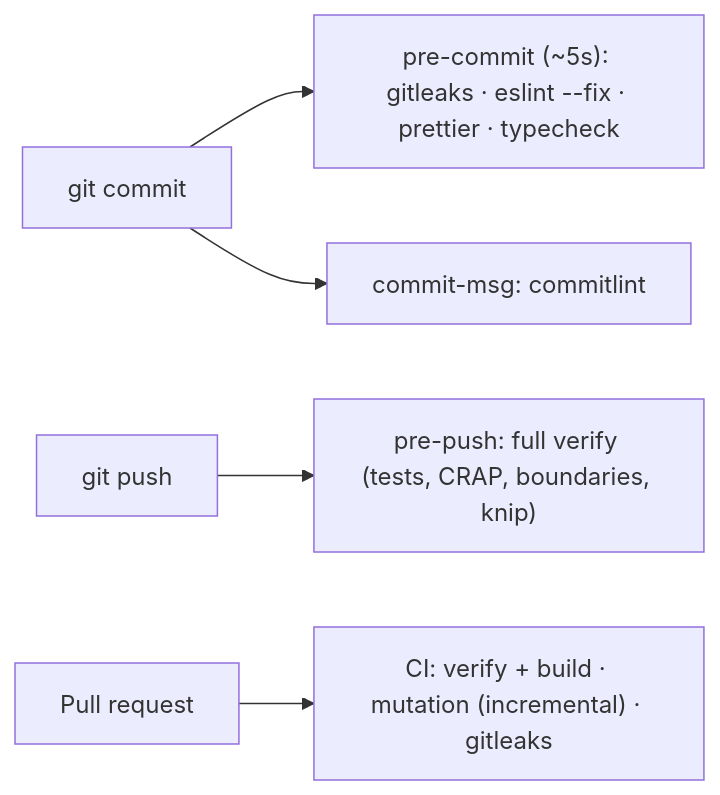
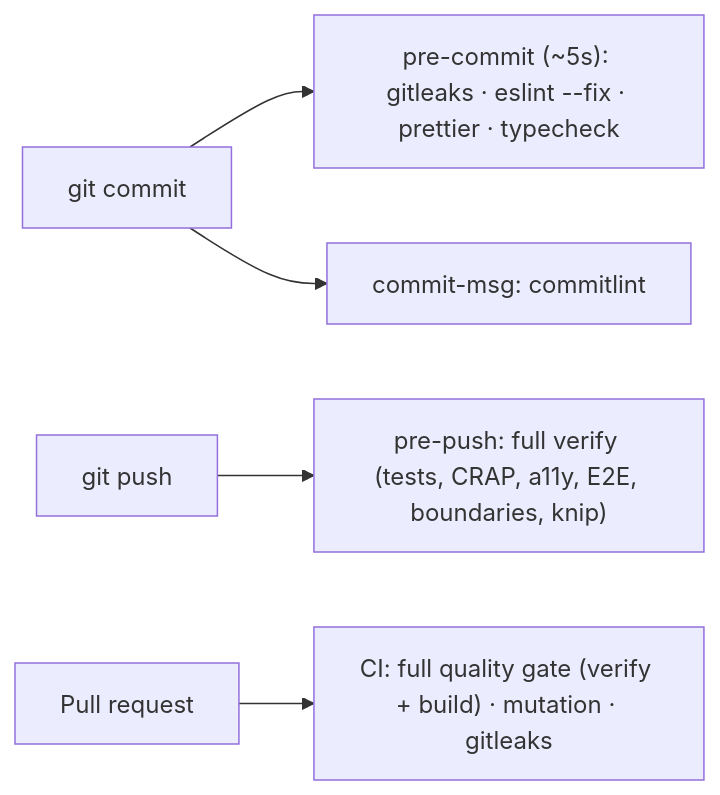
The diagram in docs/guides/workflow.md (hi-humble-hedgehog/beats-for-days), drawn with Mermaid before and after one commit. The commit also changed other lines of this file and 26 other files, not shown here.

First line of the commit message:
test(a11y): check contrast and browser flows in the quality gate

````diff
--- a/docs/guides/workflow.md
+++ b/docs/guides/workflow.md
@@ -43,7 +45,7 @@
 ```mermaid
 flowchart LR
     commit["git commit"] --> pc["pre-commit (~5s): gitleaks · eslint --fix · prettier · typecheck"]
     commit --> cm["commit-msg: commitlint"]
-    push["git push"] --> pp["pre-push: full verify (tests, CRAP, boundaries, knip)"]
-    pr["Pull request"] --> ci["CI: verify + build · mutation (incremental) · gitleaks"]
+    push["git push"] --> pp["pre-push: full verify (tests, CRAP, a11y, E2E, boundaries, knip)"]
+    pr["Pull request"] --> ci["CI: full quality gate (verify + build) · mutation · gitleaks"]
 ```
````
